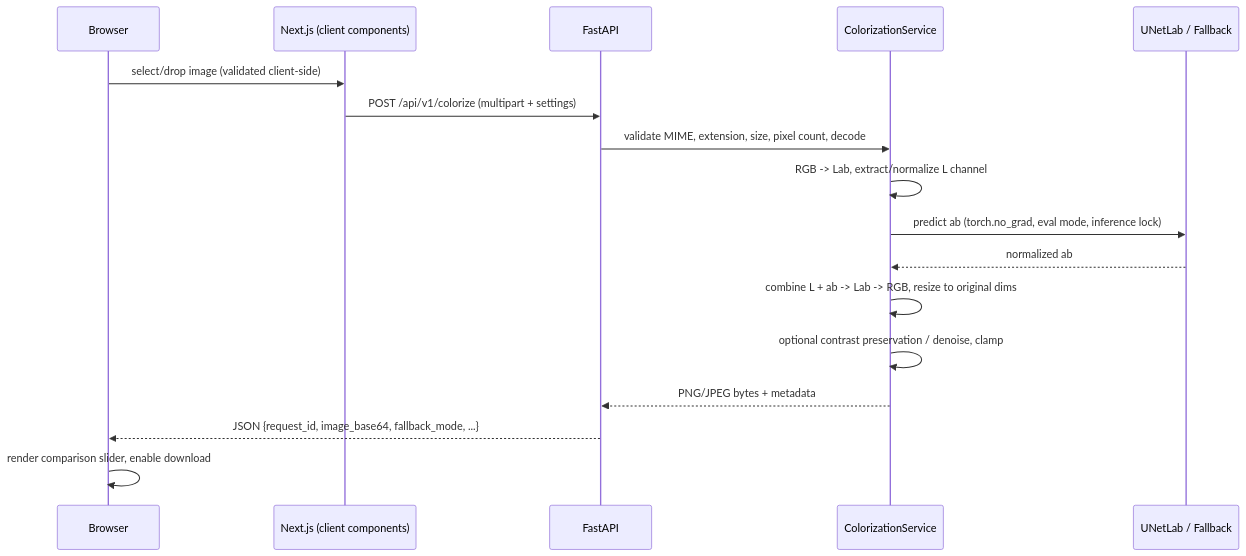
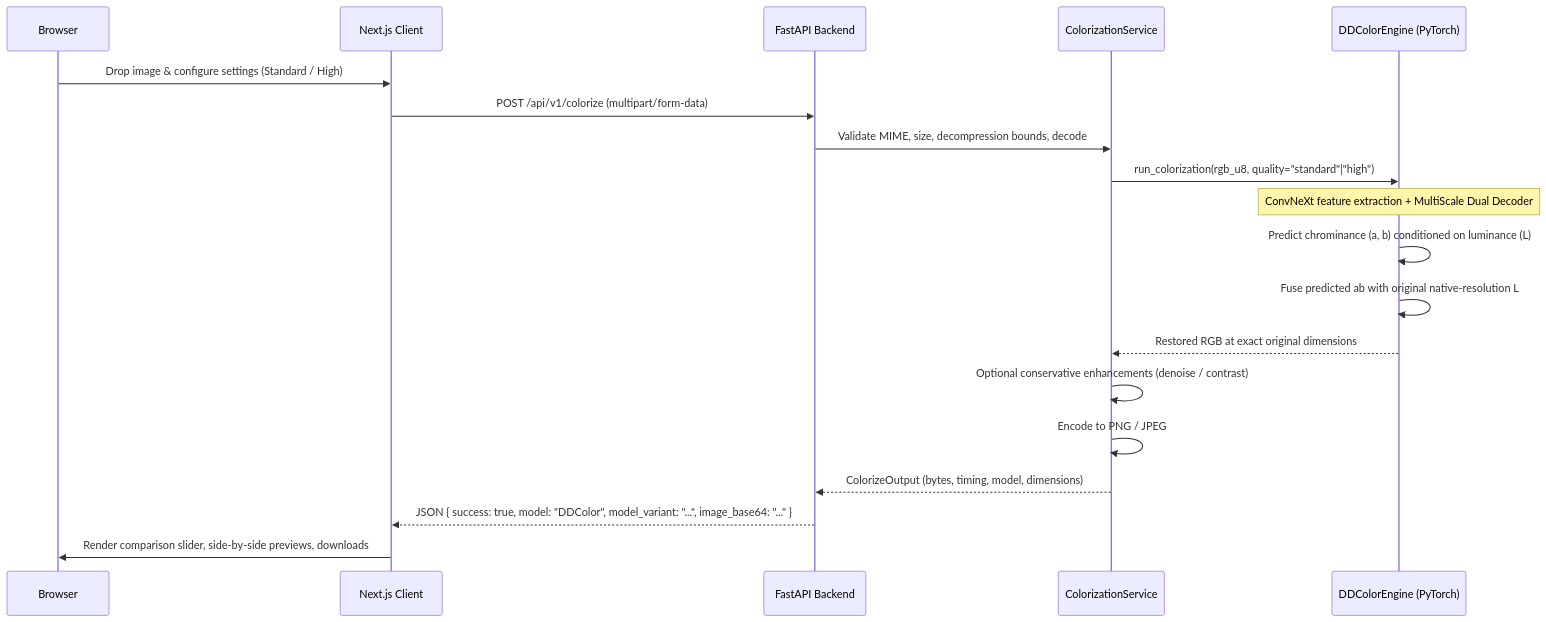
One commit to sevenfuckinghell/aicolorization changed the second of 2 diagrams in colorrevive/docs/architecture.md. Above: the diagram before and after it, drawn with Mermaid. The commit also changed other lines of this file and 40 other files, not shown here.

First line of the commit message:
feat: integrate pretrained DDColor neural colorization and enhance color fidelity

````diff
--- a/colorrevive/docs/architecture.md
+++ b/colorrevive/docs/architecture.md
@@ -22,20 +21,22 @@
 ```mermaid
 sequenceDiagram
     participant B as Browser
-    participant N as Next.js (client components)
-    participant F as FastAPI
+    participant N as Next.js Client
+    participant F as FastAPI Backend
     participant S as ColorizationService
-    participant M as UNetLab / Fallback
+    participant E as DDColorEngine (PyTorch)
 
-    B->>N: select/drop image (validated client-side)
-    N->>F: POST /api/v1/colorize (multipart + settings)
-    F->>S: validate MIME, extension, size, pixel count, decode
-    S->>S: RGB -> Lab, extract/normalize L channel
-    S->>M: predict ab (torch.no_grad, eval mode, inference lock)
-    M-->>S: normalized ab
-    S->>S: combine L + ab -> Lab -> RGB, resize to original dims
-    S->>S: optional contrast preservation / denoise, clamp
-    S-->>F: PNG/JPEG bytes + metadata
-    F-->>B: JSON {request_id, image_base64, fallback_mode, ...}
-    B->>B: render comparison slider, enable download
+    B->>N: Drop image & configure settings (Standard / High)
+    N->>F: POST /api/v1/colorize (multipart/form-data)
+    F->>S: Validate MIME, size, decompression bounds, decode
+    S->>E: run_colorization(rgb_u8, quality="standard"|"high")
+    Note over E: ConvNeXt feature extraction + MultiScale Dual Decoder
+    E->>E: Predict chrominance (a, b) conditioned on luminance (L)
+    E->>E: Fuse predicted ab with original native-resolution L
+    E-->>S: Restored RGB at exact original dimensions
+    S->>S: Optional conservative enhancements (denoise / contrast)
+    S->>S: Encode to PNG / JPEG
+    S-->>F: ColorizeOutput (bytes, timing, model, dimensions)
+    F-->>N: JSON { success: true, model: "DDColor", model_variant: "...", image_base64: "..." }
+    N->>B: Render comparison slider, side-by-side previews, downloads
 ```
````
